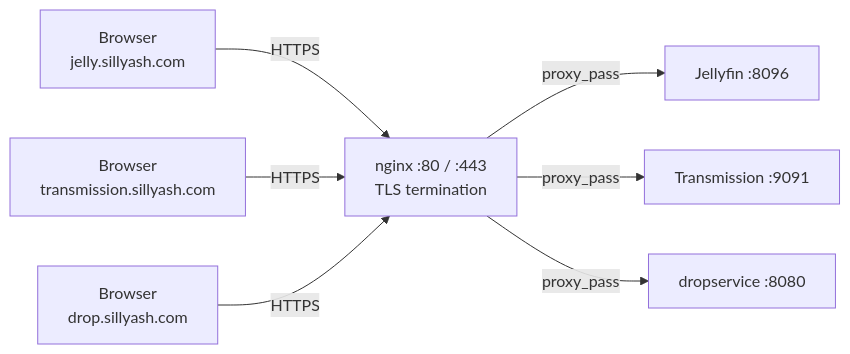
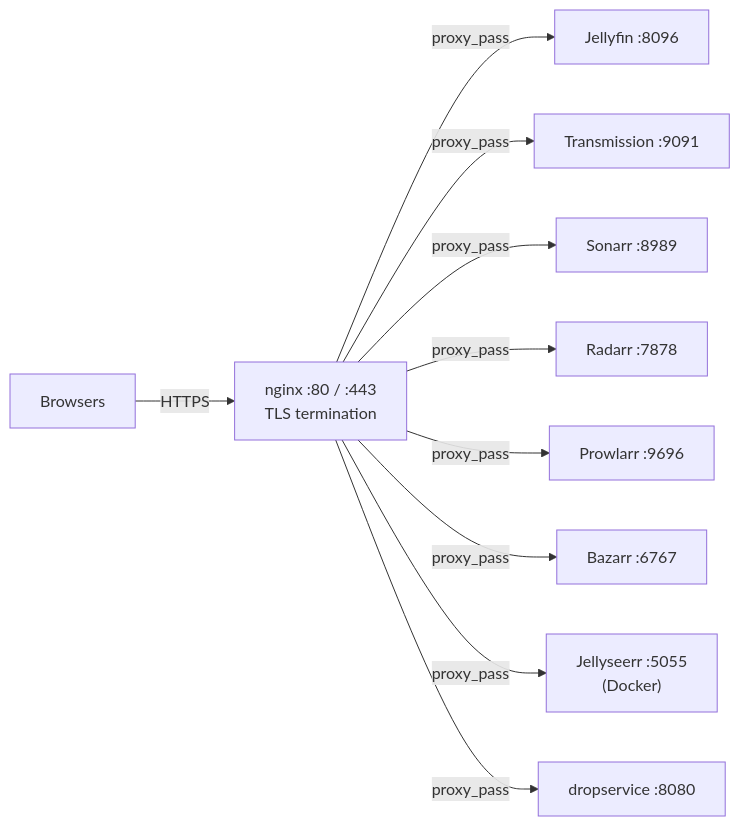
The diagram in services/nginx/README.md (sillyash/homelab), drawn with Mermaid before and after one commit. The commit also changed other lines of this file and 19 other files, not shown here.

First line of the commit message:
feat: add Sonarr/Radarr/Prowlarr/Bazarr/NZBGet/Jellyseerr media acquisition stack

````diff
--- a/services/nginx/README.md
+++ b/services/nginx/README.md
@@ -22,18 +29,24 @@
 ```mermaid
 graph LR
-    client1["Browser<br>jelly.sillyash.com"]
-    client2["Browser<br>transmission.sillyash.com"]
-    client3["Browser<br>drop.sillyash.com"]
+    clients["Browsers"]
 
     nginx["nginx :80 / :443<br>TLS termination"]
     jellyfin["Jellyfin :8096"]
     transmission["Transmission :9091"]
+    sonarr["Sonarr :8989"]
+    radarr["Radarr :7878"]
+    prowlarr["Prowlarr :9696"]
+    bazarr["Bazarr :6767"]
+    jellyseerr["Jellyseerr :5055<br>(Docker)"]
     dropservice["dropservice :8080"]
 
-    client1 -->|HTTPS| nginx
-    client2 -->|HTTPS| nginx
-    client3 -->|HTTPS| nginx
+    clients -->|HTTPS| nginx
     nginx -->|proxy_pass| jellyfin
     nginx -->|proxy_pass| transmission
+    nginx -->|proxy_pass| sonarr
+    nginx -->|proxy_pass| radarr
+    nginx -->|proxy_pass| prowlarr
+    nginx -->|proxy_pass| bazarr
+    nginx -->|proxy_pass| jellyseerr
     nginx -->|proxy_pass| dropservice
 ```
````
